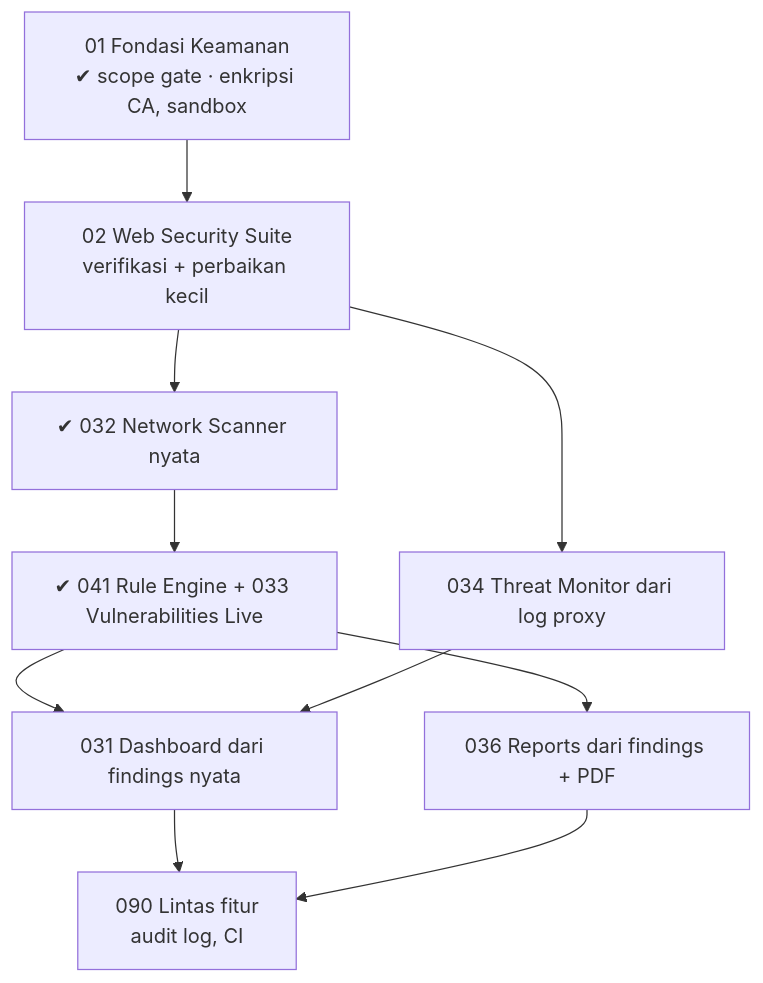
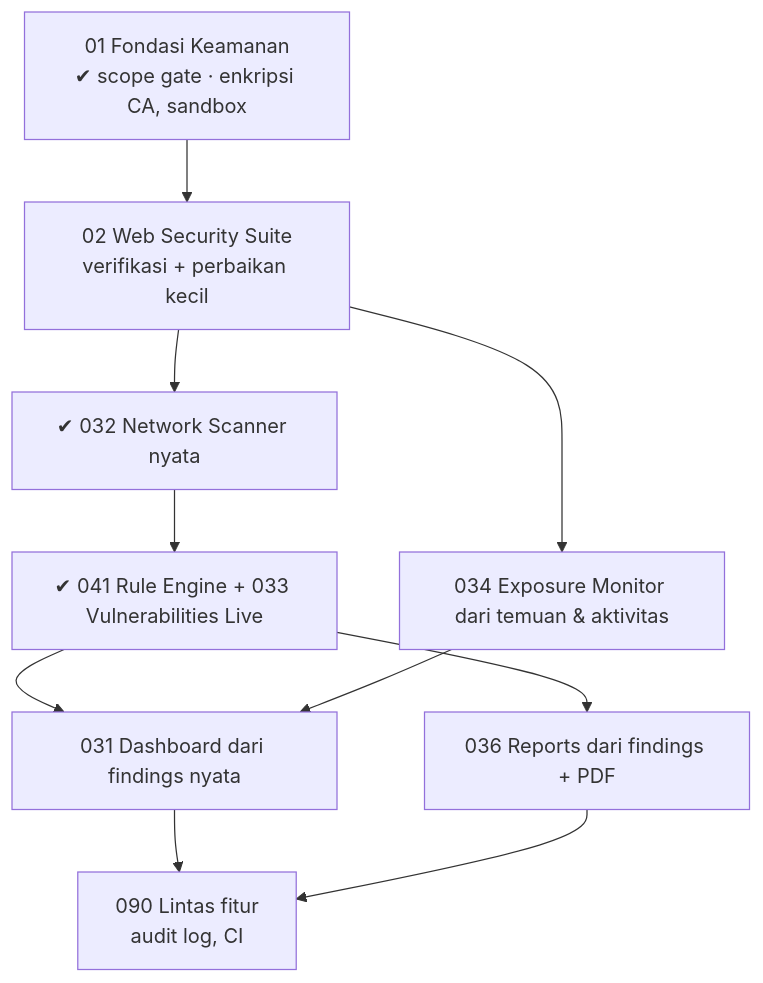
The diagram in docs/000_index.md (AlatBekam/Interu), drawn with Mermaid before and after one commit. The commit also changed other lines of this file and 5 other files, not shown here.

Commit message:
docs: Exposure Monitor replaces the simulated Threat Monitor

````diff
--- a/docs/000_index.md
+++ b/docs/000_index.md
@@ -76,12 +76,12 @@
 ```mermaid
 flowchart TD
     A["01 Fondasi Keamanan<br/>✔ scope gate · enkripsi CA, sandbox"] --> B["02 Web Security Suite<br/>verifikasi + perbaikan kecil"]
     B --> C["✔ 032 Network Scanner nyata"]
     C --> D["✔ 041 Rule Engine + 033 Vulnerabilities Live"]
-    B --> E["034 Threat Monitor dari log proxy"]
+    B --> E["034 Exposure Monitor dari temuan & aktivitas"]
     D --> F["031 Dashboard dari findings nyata"]
     E --> F
     D --> G["036 Reports dari findings + PDF"]
     F --> H["090 Lintas fitur<br/>audit log, CI"]
     G --> H
 ```
````
